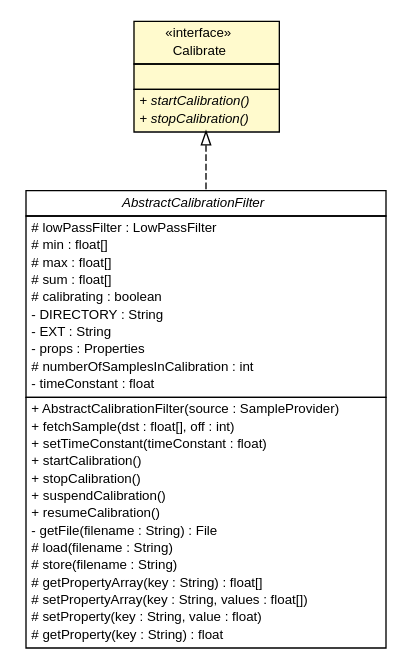
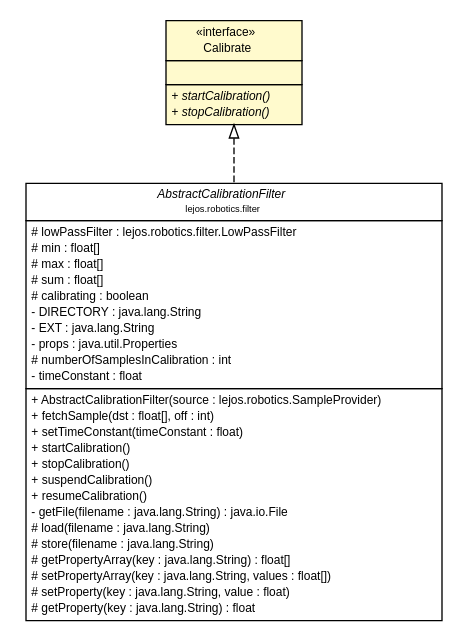
The diagram in docs/api/lejos/robotics/Calibrate.dot (ev3dev-lang-java/ev3dev-lang-java), drawn with Graphviz before and after one commit. The commit also changed 413 other files, not shown here.

```diff
--- a/docs/api/lejos/robotics/Calibrate.dot
+++ b/docs/api/lejos/robotics/Calibrate.dot
@@ -1,62 +1,63 @@
 #!/usr/local/bin/dot
 #
 # Class diagram 
 # Generated by UMLGraph version R5_6-24-gf6e263 (http://www.umlgraph.org/)
 #
 
 digraph G {
 	edge [fontname="Helvetica",fontsize=10,labelfontname="Helvetica",labelfontsize=10];
 	node [fontname="Helvetica",fontsize=10,shape=plaintext];
 	nodesep=0.25;
 	ranksep=0.5;
 	// lejos.robotics.Calibrate
-	c1692 [label=<<table title="lejos.robotics.Calibrate" border="0" cellborder="1" cellspacing="0" cellpadding="2" port="p" bgcolor="lemonChiffon" href="./Calibrate.html">
+	c1700 [label=<<table title="lejos.robotics.Calibrate" border="0" cellborder="1" cellspacing="0" cellpadding="2" port="p" bgcolor="lemonChiffon" href="./Calibrate.html">
 		<tr><td><table border="0" cellspacing="0" cellpadding="1">
 <tr><td align="center" balign="center"> &#171;interface&#187; </td></tr>
 <tr><td align="center" balign="center"> Calibrate </td></tr>
 		</table></td></tr>
 		<tr><td><table border="0" cellspacing="0" cellpadding="1">
 <tr><td align="left" balign="left">  </td></tr>
 		</table></td></tr>
 		<tr><td><table border="0" cellspacing="0" cellpadding="1">
-<tr><td align="left" balign="left"><font face="Helvetica-Oblique" point-size="10.0"> + startCalibration() </font></td></tr>
-<tr><td align="left" balign="left"><font face="Helvetica-Oblique" point-size="10.0"> + stopCalibration() </font></td></tr>
+<tr><td align="left" balign="left"><font face="Helvetica-Oblique" point-size="9.0"> + startCalibration() </font></td></tr>
+<tr><td align="left" balign="left"><font face="Helvetica-Oblique" point-size="9.0"> + stopCalibration() </font></td></tr>
 		</table></td></tr>
-		</table>>, URL="./Calibrate.html", fontname="Helvetica", fontcolor="black", fontsize=10.0];
+		</table>>, URL="./Calibrate.html", fontname="Helvetica", fontcolor="black", fontsize=9.0];
 	// lejos.robotics.filter.AbstractCalibrationFilter
-	c1701 [label=<<table title="lejos.robotics.filter.AbstractCalibrationFilter" border="0" cellborder="1" cellspacing="0" cellpadding="2" port="p" href="./filter/AbstractCalibrationFilter.html">
+	c1709 [label=<<table title="lejos.robotics.filter.AbstractCalibrationFilter" border="0" cellborder="1" cellspacing="0" cellpadding="2" port="p" href="./filter/AbstractCalibrationFilter.html">
 		<tr><td><table border="0" cellspacing="0" cellpadding="1">
 <tr><td align="center" balign="center"><font face="Helvetica-Oblique"> AbstractCalibrationFilter </font></td></tr>
+<tr><td align="center" balign="center"><font point-size="7.0"> lejos.robotics.filter </font></td></tr>
 		</table></td></tr>
 		<tr><td><table border="0" cellspacing="0" cellpadding="1">
-<tr><td align="left" balign="left"> # lowPassFilter : LowPassFilter </td></tr>
+<tr><td align="left" balign="left"> # lowPassFilter : lejos.robotics.filter.LowPassFilter </td></tr>
 <tr><td align="left" balign="left"> # min : float[] </td></tr>
 <tr><td align="left" balign="left"> # max : float[] </td></tr>
 <tr><td align="left" balign="left"> # sum : float[] </td></tr>
 <tr><td align="left" balign="left"> # calibrating : boolean </td></tr>
-<tr><td align="left" balign="left"> - DIRECTORY : String </td></tr>
-<tr><td align="left" balign="left"> - EXT : String </td></tr>
-<tr><td align="left" balign="left"> - props : Properties </td></tr>
+<tr><td align="left" balign="left"> - DIRECTORY : java.lang.String </td></tr>
+<tr><td align="left" balign="left"> - EXT : java.lang.String </td></tr>
+<tr><td align="left" balign="left"> - props : java.util.Properties </td></tr>
 <tr><td align="left" balign="left"> # numberOfSamplesInCalibration : int </td></tr>
 <tr><td align="left" balign="left"> - timeConstant : float </td></tr>
 		</table></td></tr>
 		<tr><td><table border="0" cellspacing="0" cellpadding="1">
-<tr><td align="left" balign="left"> + AbstractCalibrationFilter(source : SampleProvider) </td></tr>
+<tr><td align="left" balign="left"> + AbstractCalibrationFilter(source : lejos.robotics.SampleProvider) </td></tr>
 <tr><td align="left" balign="left"> + fetchSample(dst : float[], off : int) </td></tr>
 <tr><td align="left" balign="left"> + setTimeConstant(timeConstant : float) </td></tr>
 <tr><td align="left" balign="left"> + startCalibration() </td></tr>
 <tr><td align="left" balign="left"> + stopCalibration() </td></tr>
 <tr><td align="left" balign="left"> + suspendCalibration() </td></tr>
 <tr><td align="left" balign="left"> + resumeCalibration() </td></tr>
-<tr><td align="left" balign="left"> - getFile(filename : String) : File </td></tr>
-<tr><td align="left" balign="left"> # load(filename : String) </td></tr>
-<tr><td align="left" balign="left"> # store(filename : String) </td></tr>
-<tr><td align="left" balign="left"> # getPropertyArray(key : String) : float[] </td></tr>
-<tr><td align="left" balign="left"> # setPropertyArray(key : String, values : float[]) </td></tr>
-<tr><td align="left" balign="left"> # setProperty(key : String, value : float) </td></tr>
-<tr><td align="left" balign="left"> # getProperty(key : String) : float </td></tr>
+<tr><td align="left" balign="left"> - getFile(filename : java.lang.String) : java.io.File </td></tr>
+<tr><td align="left" balign="left"> # load(filename : java.lang.String) </td></tr>
+<tr><td align="left" balign="left"> # store(filename : java.lang.String) </td></tr>
+<tr><td align="left" balign="left"> # getPropertyArray(key : java.lang.String) : float[] </td></tr>
+<tr><td align="left" balign="left"> # setPropertyArray(key : java.lang.String, values : float[]) </td></tr>
+<tr><td align="left" balign="left"> # setProperty(key : java.lang.String, value : float) </td></tr>
+<tr><td align="left" balign="left"> # getProperty(key : java.lang.String) : float </td></tr>
 		</table></td></tr>
-		</table>>, URL="./filter/AbstractCalibrationFilter.html", fontname="Helvetica", fontcolor="black", fontsize=10.0];
+		</table>>, URL="./filter/AbstractCalibrationFilter.html", fontname="Helvetica", fontcolor="black", fontsize=9.0];
 	//lejos.robotics.filter.AbstractCalibrationFilter implements lejos.robotics.Calibrate
-	c1692:p -> c1701:p [dir=back,arrowtail=empty,style=dashed];
+	c1700:p -> c1709:p [dir=back,arrowtail=empty,style=dashed];
 }
```
